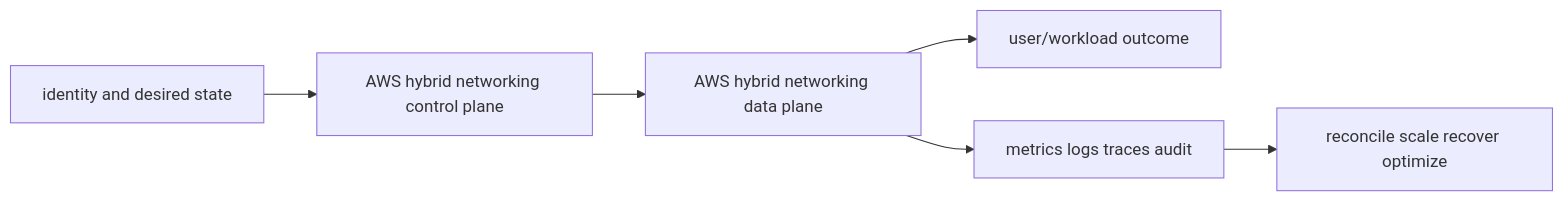
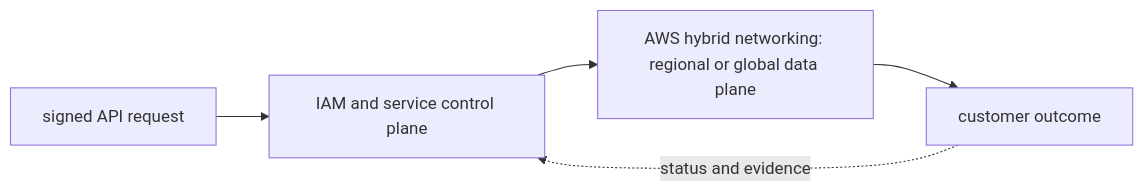
One commit to tomkidumbuyo/DevOps-interview-preparation changed the diagram in 07-aws/02-networking/06-hybrid-networking/README.md. Above: the diagram before and after it, drawn with Mermaid. The commit also changed other lines of this file and 753 other files, not shown here.

````diff
--- a/07-aws/02-networking/06-hybrid-networking/README.md
+++ b/07-aws/02-networking/06-hybrid-networking/README.md
@@ -19,8 +31,7 @@
 ```mermaid
 flowchart LR
-  I[identity and desired state] --> C[AWS hybrid networking control plane]
-  C --> D[AWS hybrid networking data plane]
-  D --> U[user/workload outcome]
-  D --> O[metrics logs traces audit]
-  O --> R[reconcile scale recover optimize]
+  A["signed API request"] --> B["IAM and service control plane"]
+  B --> C["AWS hybrid networking: regional or global data plane"]
+  C --> D["customer outcome"]
+  D -. "status and evidence" .-> B
 ```
````
